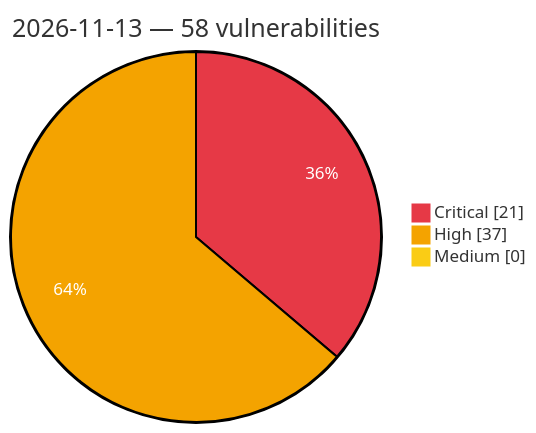
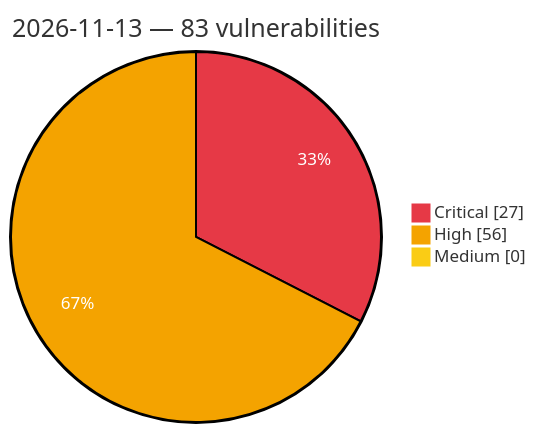
One commit to GhostX0X/vuln-tracker changed the diagram in vulnerabilities/2026/November/2026-11-13.md. Above: the diagram before and after it, drawn with Mermaid. The commit also changed other lines of this file and 5 other files, not shown here.

Commit message:
Auto update: critical/high vulns (2026-11-13 23:31 UTC)

````diff
--- a/vulnerabilities/2026/November/2026-11-13.md
+++ b/vulnerabilities/2026/November/2026-11-13.md
@@ -3,8 +3,8 @@
 ```mermaid
 %%{init: {'theme':'base', 'themeVariables': {'pie1':'#e63946', 'pie2':'#f4a300', 'pie3':'#facc15', 'pieOpacity':'1', 'pieOuterStrokeWidth':'2px', 'pieSectionTextColor':'#ffffff'}}}%%
 pie showData
-    title 2026-11-13 — 58 vulnerabilities
-    "Critical" : 21
-    "High" : 37
+    title 2026-11-13 — 83 vulnerabilities
+    "Critical" : 27
+    "High" : 56
     "Medium" : 0
 ```
````
